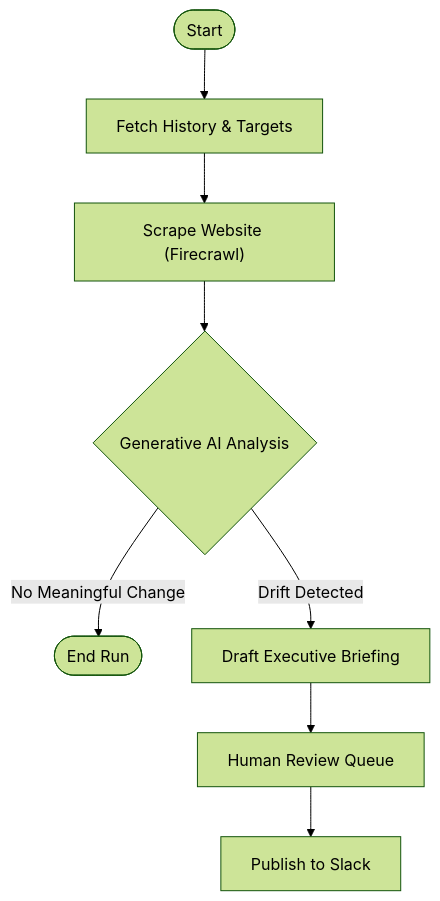
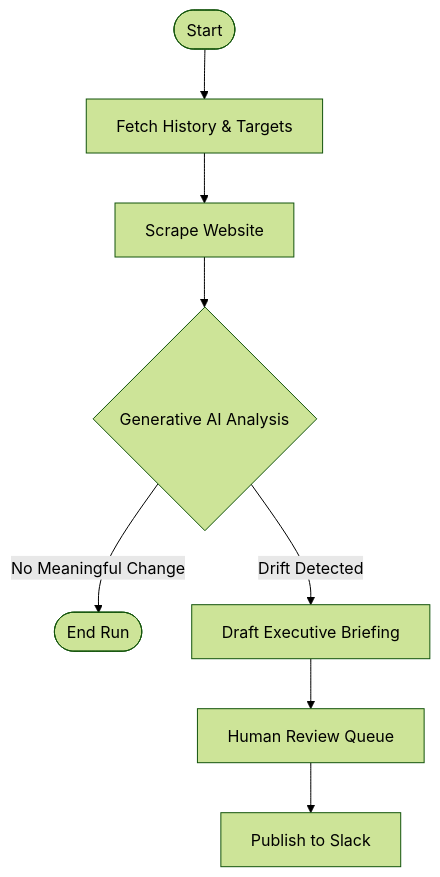
The first of 2 diagrams in README.md (gauravkumarML/RivalOPS), drawn with Mermaid (forest theme) before and after one commit. The commit also changed other lines of this file and 3 other files, not shown here.

````diff
--- a/README.md
+++ b/README.md
@@ -15,12 +15,12 @@
 ```mermaid
 graph TD
     Start([Start]) --> Fetch["Fetch History & Targets"]
-    Fetch --> Scrape["Scrape Website (Firecrawl)"]
+    Fetch --> Scrape["Scrape Website"]
     Scrape --> Analyze{"Generative AI Analysis"}
     
     Analyze -- "No Meaningful Change" --> EndNode([End Run])
     Analyze -- "Drift Detected" --> Draft["Draft Executive Briefing"]
     
     Draft --> HumanGate["Human Review Queue"]
     HumanGate --> Slack["Publish to Slack"]
 ```
````
